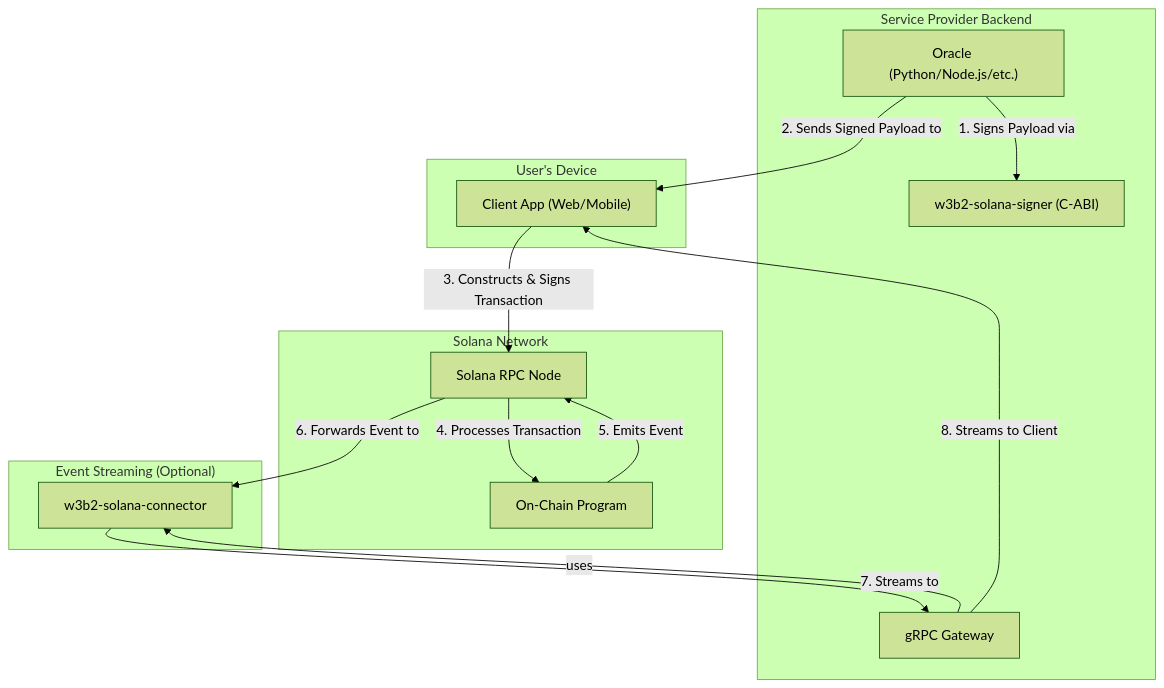
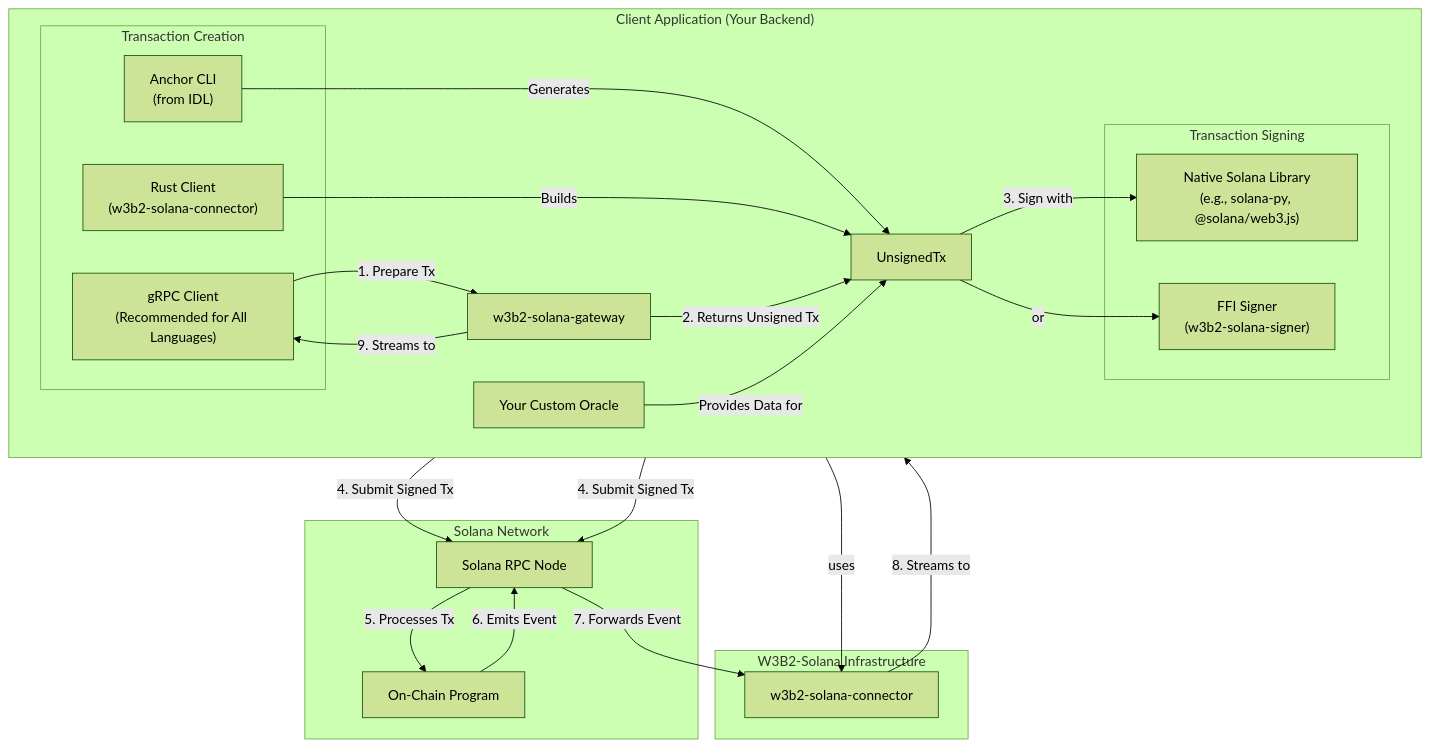
Before and after one commit to m62624/w3b2-solana: the diagram in docs/architecture/architecture-diagram.md, drawn with Mermaid (forest theme). The commit also changed other lines of this file and 14 other files, not shown here.

First line of the commit message:
Docs: Update Signer and Gateway Documentation

````diff
--- a/docs/architecture/architecture-diagram.md
+++ b/docs/architecture/architecture-diagram.md
@@ -7,32 +9,46 @@
 ```mermaid
 graph TD
-    subgraph "Service Provider Backend"
-        Oracle["Oracle (Python/Node.js/etc.)"]
-        Signer["w3b2-solana-signer (C-ABI)"]
-        Gateway["gRPC Gateway"]
+    subgraph "Client Application (Your Backend)"
+        direction LR
+        subgraph "Transaction Creation"
+            A["Anchor CLI<br>(from IDL)"]
+            B["Rust Client<br>(w3b2-solana-connector)"]
+            C["gRPC Client<br>(Recommended for All Languages)"]
+        end
 
-        Oracle -- "1. Signs Payload via" --> Signer
+        subgraph "Transaction Signing"
+            D["Native Solana Library<br>(e.g., solana-py, @solana/web3.js)"]
+            E["FFI Signer<br>(w3b2-solana-signer)"]
+        end
+
+        Oracle["Your Custom Oracle"]
+
+        C -- "1. Prepare Tx" --> Gateway
+        A -- "Generates" --> UnsignedTx
+        B -- "Builds" --> UnsignedTx
+        Gateway -- "2. Returns Unsigned Tx" --> UnsignedTx
+        UnsignedTx -- "3. Sign with" --> D
+        UnsignedTx -- "or" --> E
+        Oracle -- "Provides Data for" --> UnsignedTx
     end
 
-    subgraph "User's Device"
-        Client["Client App (Web/Mobile)"]
+    subgraph "W3B2-Solana Infrastructure"
+        Gateway["w3b2-solana-gateway"]
+        Connector["w3b2-solana-connector"]
+        Gateway -- "uses" --> Connector
     end
 
     subgraph "Solana Network"
         RPC["Solana RPC Node"]
         Program["On-Chain Program"]
     end
 
-    subgraph "Event Streaming (Optional)"
-        Connector["w3b2-solana-connector"]
-        Gateway -- "uses" --> Connector
-    end
+    D -- "4. Submit Signed Tx" --> RPC
+    E -- "4. Submit Signed Tx" --> RPC
 
-    Oracle -- "2. Sends Signed Payload to" --> Client
-    Client -- "3. Constructs & Signs Transaction" --> RPC
-    RPC -- "4. Processes Transaction" --> Program
-    Program -- "5. Emits Event" --> RPC
-    RPC -- "6. Forwards Event to" --> Connector
-    Connector -- "7. Streams to" --> Gateway
-    Gateway -- "8. Streams to Client" --> Client
+    RPC -- "5. Processes Tx" --> Program
+    Program -- "6. Emits Event" --> RPC
+    RPC -- "7. Forwards Event" --> Connector
+    Connector -- "8. Streams to" --> Gateway
+    Gateway -- "9. Streams to" --> C
 ```
````
